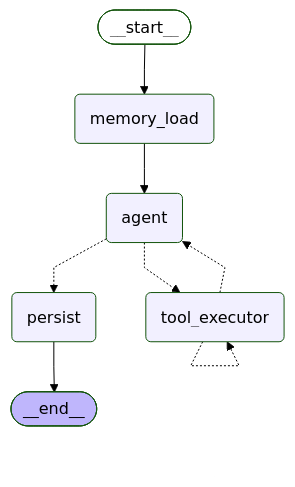
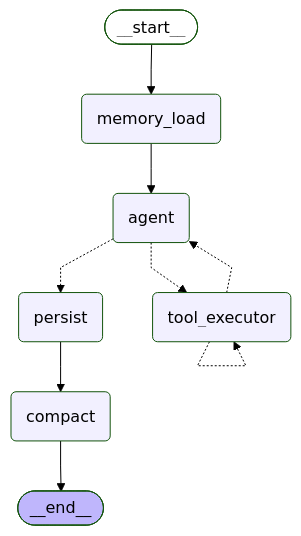
Before and after one commit to muppas1m/Jarvis: the diagram in docs/architecture/generated/05_agent_graph.md, drawn with Mermaid (forest theme). The commit also changed 6 other files, not shown here.

````diff
--- a/docs/architecture/generated/05_agent_graph.md
+++ b/docs/architecture/generated/05_agent_graph.md
@@ -9,24 +9,26 @@
 ```mermaid
 ---
 config:
   flowchart:
     curve: linear
 ---
 graph TD;
 	__start__([<p>__start__</p>]):::first
 	memory_load(memory_load)
 	agent(agent)
 	tool_executor(tool_executor)
 	persist(persist)
+	compact(compact)
 	__end__([<p>__end__</p>]):::last
 	__start__ --> memory_load;
 	agent -.-> persist;
 	agent -.-> tool_executor;
 	memory_load --> agent;
+	persist --> compact;
 	tool_executor -.-> agent;
-	persist --> __end__;
+	compact --> __end__;
 	tool_executor -.-> tool_executor;
 	classDef default fill:#f2f0ff,line-height:1.2
 	classDef first fill-opacity:0
 	classDef last fill:#bfb6fc
 ```
````
